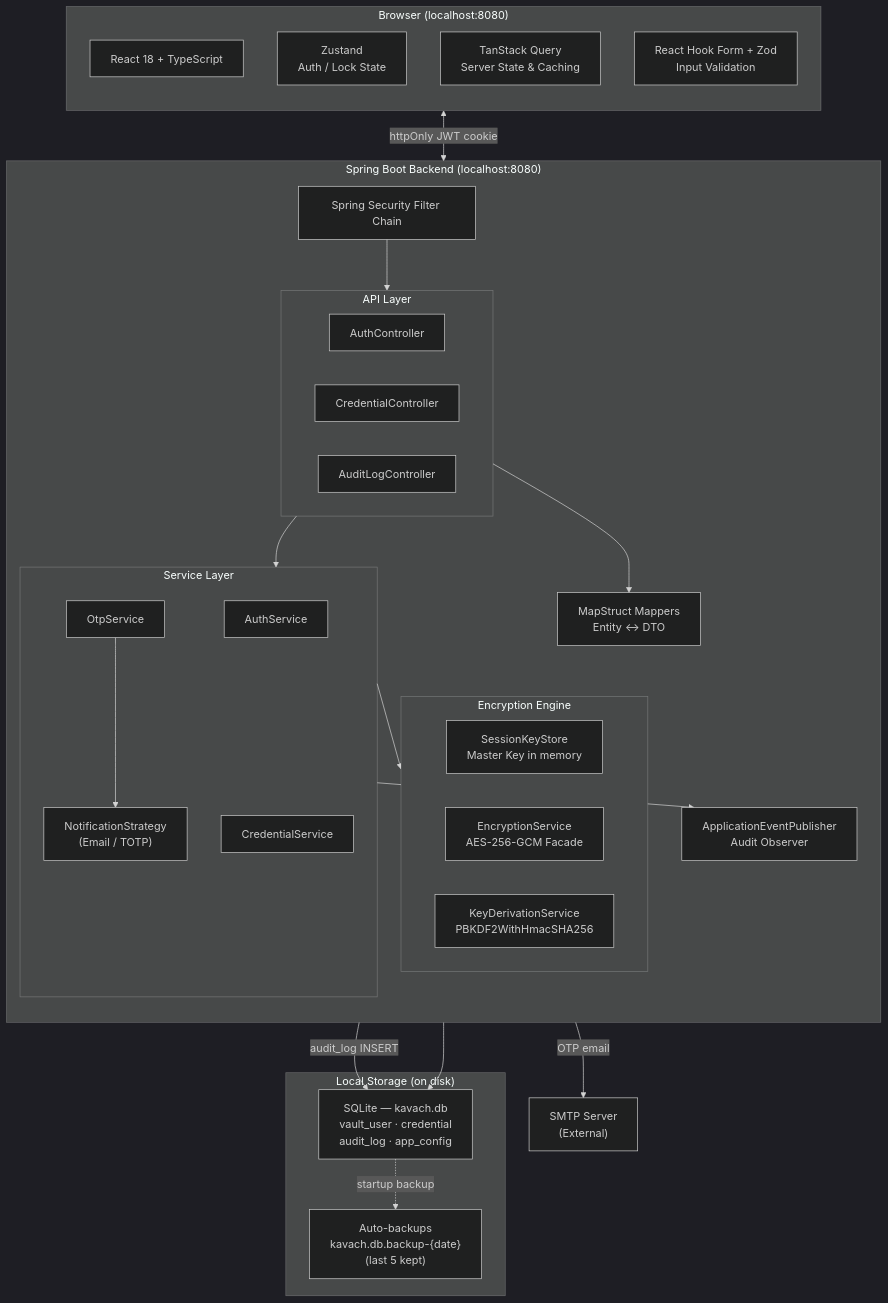
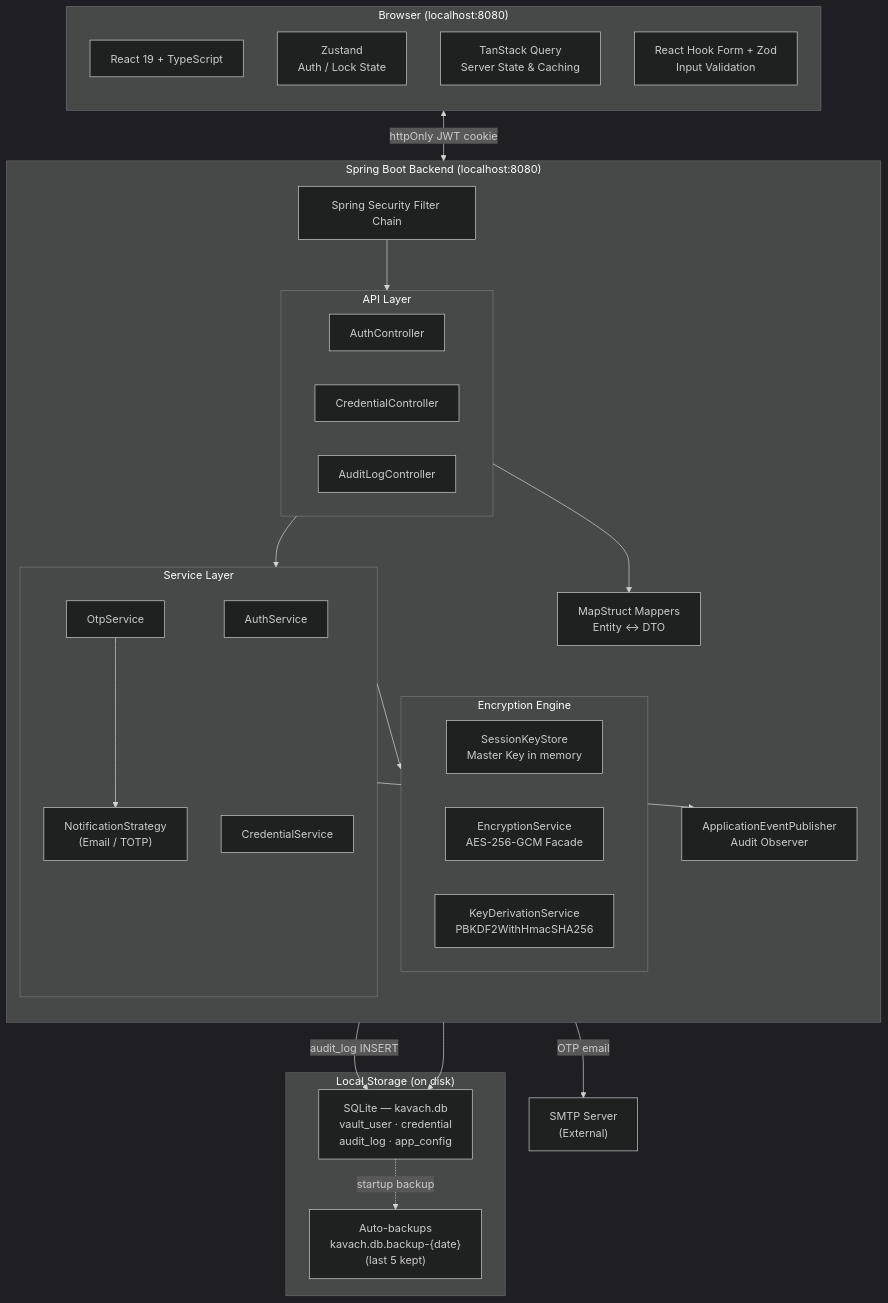
The first of 7 diagrams in docs/ARCHITECTURE.md (IPerception/kavach-vault), drawn with Mermaid (dark theme) before and after one commit. The commit also changed 6 other files, not shown here.

````diff
--- a/docs/ARCHITECTURE.md
+++ b/docs/ARCHITECTURE.md
@@ -9,56 +9,56 @@
 ```mermaid
 graph TB
     subgraph Browser["Browser (localhost:8080)"]
         direction TB
-        React["React 18 + TypeScript"]
+        React["React 19 + TypeScript"]
         Zustand["Zustand\nAuth / Lock State"]
         RQ["TanStack Query\nServer State & Caching"]
         RHF["React Hook Form + Zod\nInput Validation"]
     end
 
     subgraph SpringBoot["Spring Boot Backend (localhost:8080)"]
         direction TB
         SC["Spring Security Filter Chain"]
 
         subgraph Controllers["API Layer"]
             AC["AuthController"]
             CC["CredentialController"]
             ALC["AuditLogController"]
         end
 
         subgraph Services["Service Layer"]
             AS["AuthService"]
             CS["CredentialService"]
             OS["OtpService"]
             NS["NotificationStrategy\n(Email / TOTP)"]
         end
 
         subgraph Crypto["Encryption Engine"]
             SKS["SessionKeyStore\nMaster Key in memory"]
             ES["EncryptionService\nAES-256-GCM Facade"]
             KDS["KeyDerivationService\nPBKDF2WithHmacSHA256"]
         end
 
         AuditPub["ApplicationEventPublisher\nAudit Observer"]
         MapStruct["MapStruct Mappers\nEntity ↔ DTO"]
     end
 
     subgraph Storage["Local Storage (on disk)"]
         SQLite["SQLite — kavach.db\nvault_user · credential\naudit_log · app_config"]
         Backups["Auto-backups\nkavach.db.backup-{date}\n(last 5 kept)"]
     end
 
     SMTP["SMTP Server\n(External)"]
 
     React <-->|httpOnly JWT cookie| SC
     SC --> Controllers
     Controllers --> Services
     Controllers --> MapStruct
     Services --> Crypto
     Services --> AuditPub
     Services --> SQLite
     OS --> NS
     NS -->|OTP email| SMTP
     AuditPub -->|audit_log INSERT| SQLite
     SQLite -.->|startup backup| Backups
 ```
````
